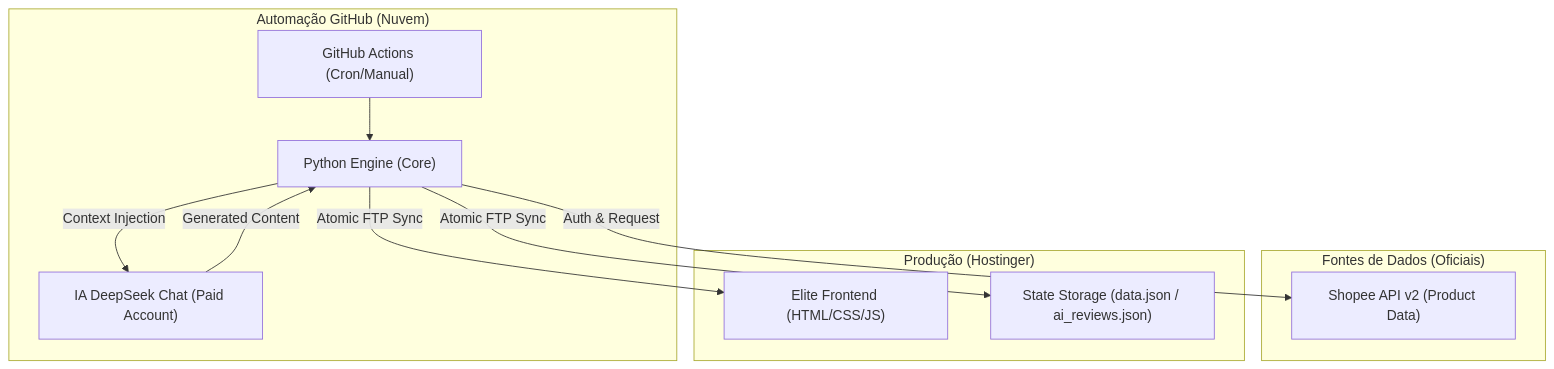
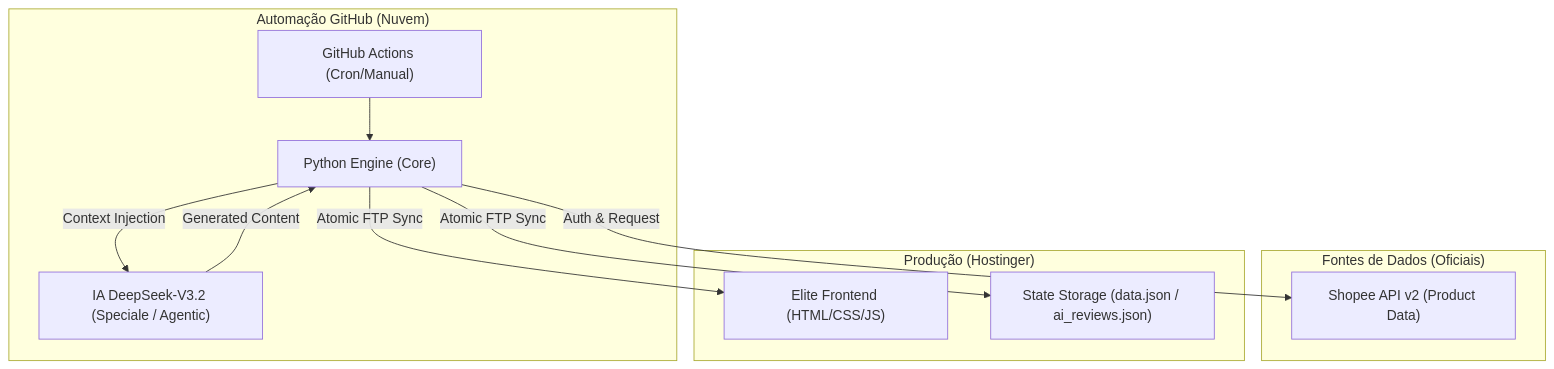
Before and after one commit to EricMacedo10/Rob-Titanium: the diagram in docs/TITANIUM_BRAIN/00_SYSTEM_ARCHITECTURE.md, drawn with Mermaid. The commit also changed other lines of this file and 11 other files, not shown here.

Commit message:
docs: Sincroniza documentacao e core com arquitetura DeepSeek-V3.2 (purge Groq/Gemini)

````diff
--- a/docs/TITANIUM_BRAIN/00_SYSTEM_ARCHITECTURE.md
+++ b/docs/TITANIUM_BRAIN/00_SYSTEM_ARCHITECTURE.md
@@ -18,24 +18,24 @@
 ```mermaid
 graph TD
     subgraph "Automação GitHub (Nuvem)"
         ACTION["GitHub Actions (Cron/Manual)"]
         PYTHON["Python Engine (Core)"]
-        AI["IA DeepSeek Chat (Paid Account)"]
+        AI["IA DeepSeek-V3.2 (Speciale / Agentic)"]
     end
 
     subgraph "Fontes de Dados (Oficiais)"
         SHP["Shopee API v2 (Product Data)"]
     end
 
     subgraph "Produção (Hostinger)"
         SITE["Elite Frontend (HTML/CSS/JS)"]
         STATE["State Storage (data.json / ai_reviews.json)"]
     end
 
     ACTION --> PYTHON
     PYTHON -- "Auth & Request" --> SHP
     PYTHON -- "Context Injection" --> AI
     AI -- "Generated Content" --> PYTHON
     PYTHON -- "Atomic FTP Sync" --> STATE
     PYTHON -- "Atomic FTP Sync" --> SITE
 ```
````
